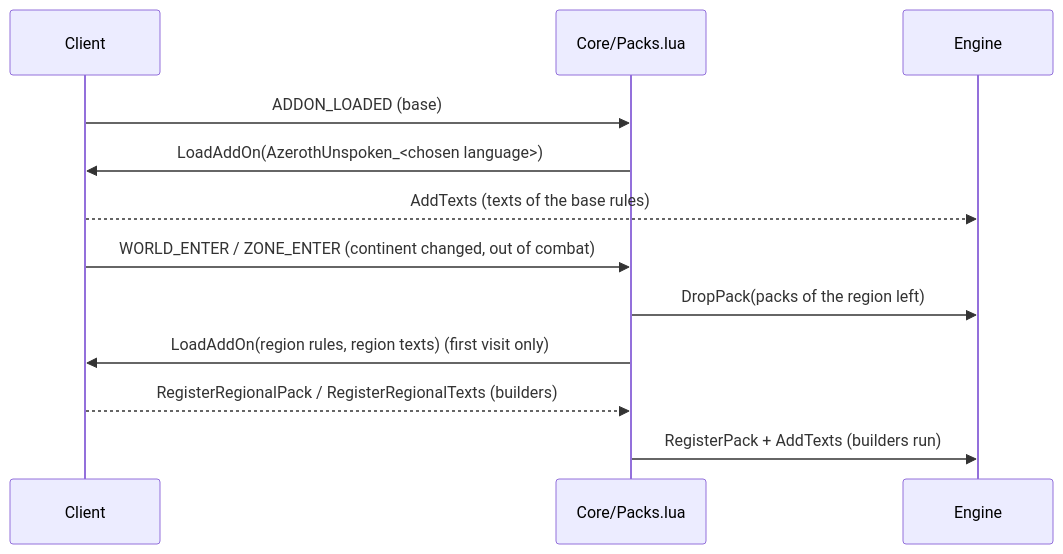
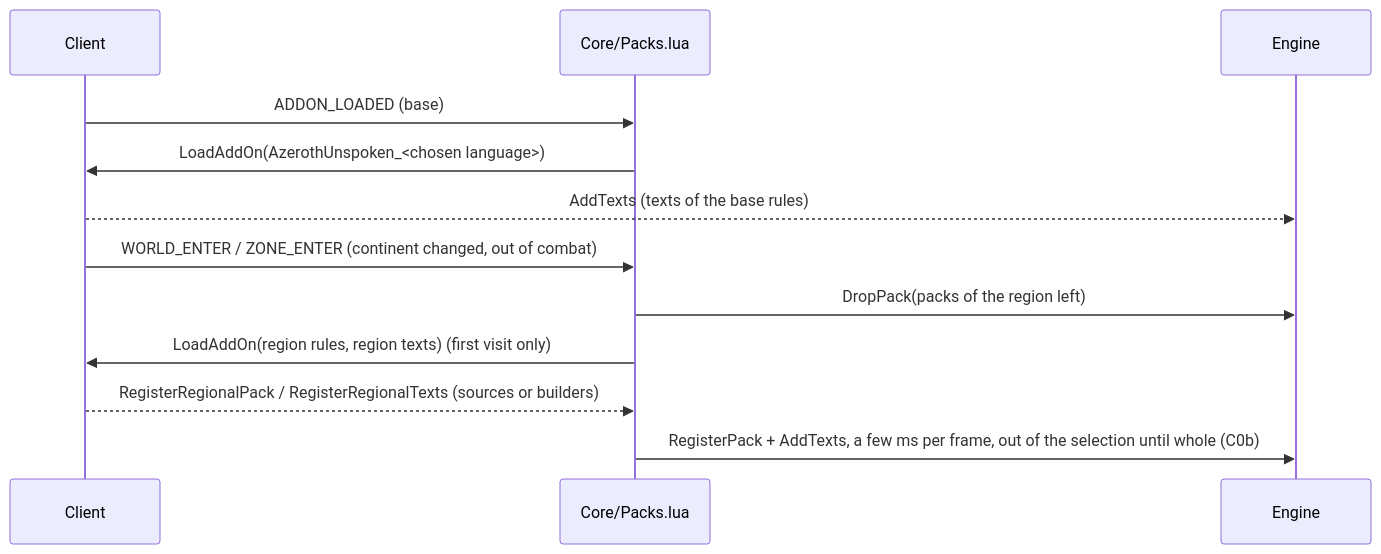
Before and after one commit to Finland6738/azeroth-unspoken: diagram 18 of 19 in docs/ARCHITECTURE.md, drawn with Mermaid. The commit also changed other lines of this file and 51 other files, not shown here.

````diff
--- a/docs/ARCHITECTURE.md
+++ b/docs/ARCHITECTURE.md
@@ -700,14 +701,14 @@
 ```mermaid
 sequenceDiagram
     participant C as Client
     participant P as Core/Packs.lua
     participant E as Engine
     C->>P: ADDON_LOADED (base)
     P->>C: LoadAddOn(AzerothUnspoken_<chosen language>)
     C-->>E: AddTexts (texts of the base rules)
     C->>P: WORLD_ENTER / ZONE_ENTER (continent changed, out of combat)
     P->>E: DropPack(packs of the region left)
     P->>C: LoadAddOn(region rules, region texts) (first visit only)
-    C-->>P: RegisterRegionalPack / RegisterRegionalTexts (builders)
-    P->>E: RegisterPack + AddTexts (builders run)
+    C-->>P: RegisterRegionalPack / RegisterRegionalTexts (sources or builders)
+    P->>E: RegisterPack + AddTexts, a few ms per frame, out of the selection until whole (C0b)
 ```
````
